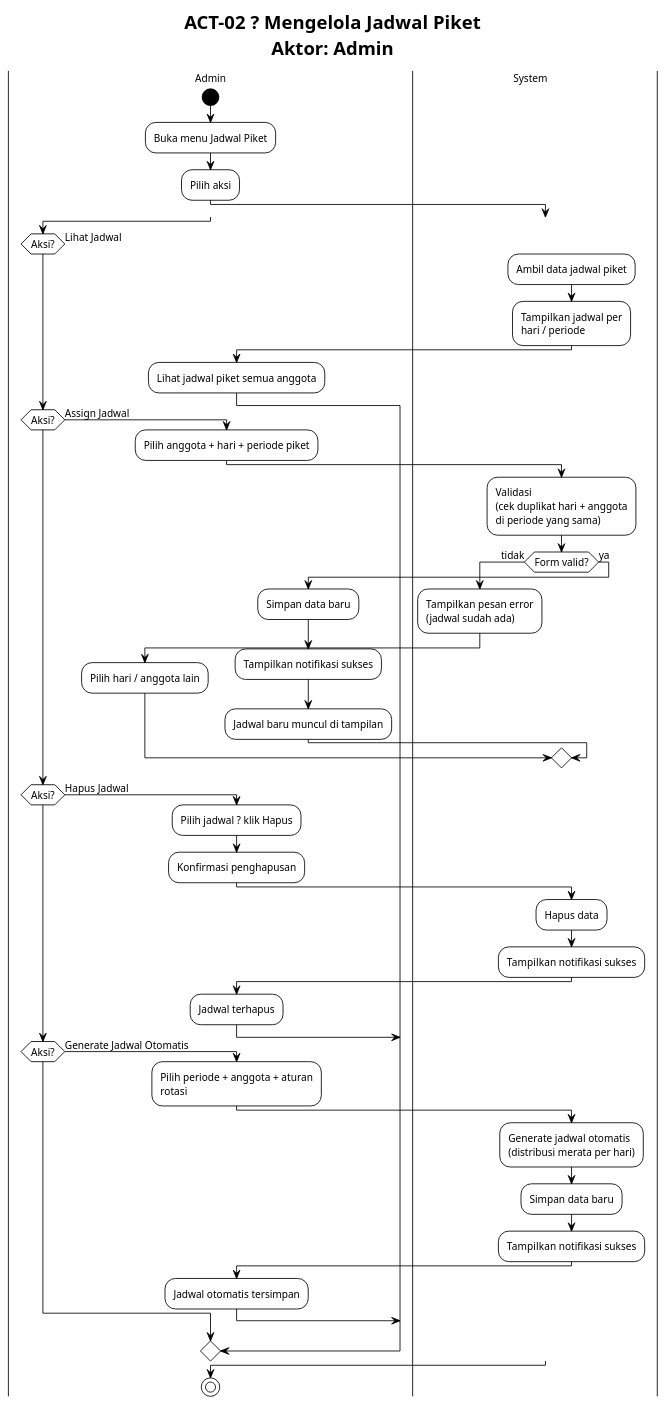
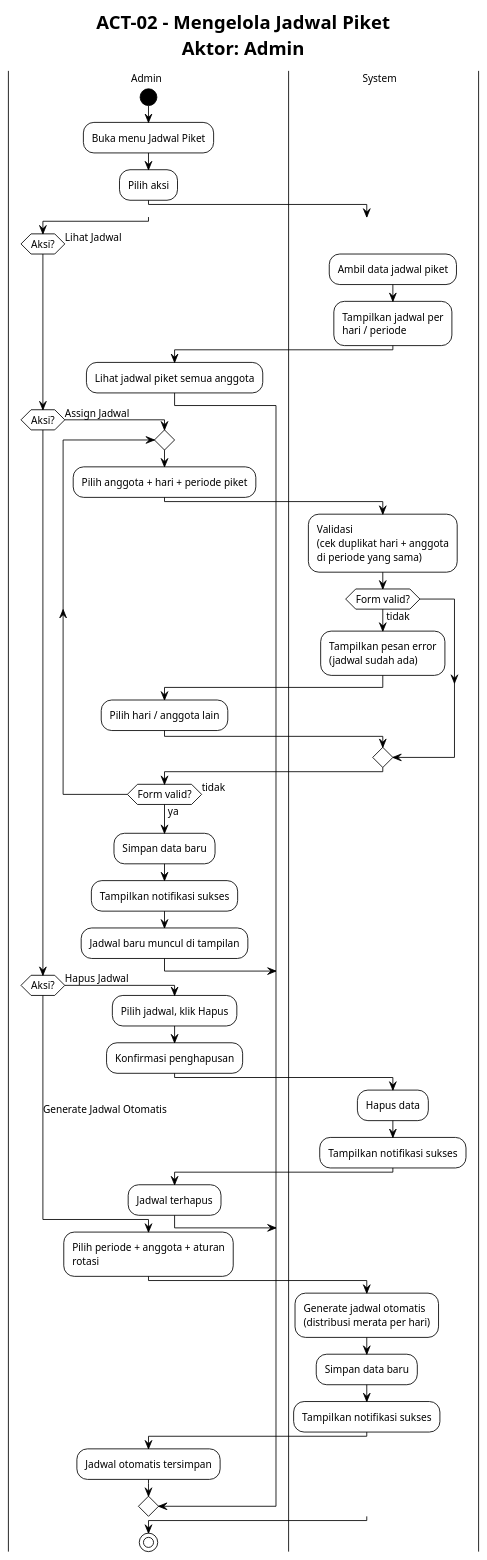
One commit to Habiboys/SILAB-DSI changed the diagram in docs/piket/activity/ACT_02_MENGELOLA_JADWAL_PIKET.puml. Above: the diagram before and after it, drawn with PlantUML. The commit also changed 67 other files, not shown here.

```diff
--- a/docs/piket/activity/ACT_02_MENGELOLA_JADWAL_PIKET.puml
+++ b/docs/piket/activity/ACT_02_MENGELOLA_JADWAL_PIKET.puml
@@ -1,67 +1,67 @@
 @startuml ACT_02_MENGELOLA_JADWAL_PIKET
 !theme plain
 !pragma useVerticalIf on
 scale max 1600 width
 skinparam wrapWidth 200
-
 skinparam defaultFontSize 12
 skinparam swimlaneWidth 220
 skinparam ActivityStartColor black
 skinparam ActivityEndColor black
-title ACT-02 ? Mengelola Jadwal Piket\nAktor: Admin
+title ACT-02 - Mengelola Jadwal Piket\nAktor: Admin
 
 |Admin|
 |System|
 
 |Admin|
 start
 :Buka menu Jadwal Piket;
 :Pilih aksi;
 
 if (Aksi?) then (Lihat Jadwal)
   |System|
   :Ambil data jadwal piket;
   :Tampilkan jadwal per\nhari / periode;
   |Admin|
   :Lihat jadwal piket semua anggota;
 
 elseif (Aksi?) then (Assign Jadwal)
   |Admin|
-  :Pilih anggota + hari + periode piket;
-  |System|
-  :Validasi\n(cek duplikat hari + anggota\ndi periode yang sama);
-  if (Form valid?) then (tidak)
-    :Tampilkan pesan error\n(jadwal sudah ada);
-    |Admin|
-    :Pilih hari / anggota lain;
-  else (ya)
-    :Simpan data baru;
-    :Tampilkan notifikasi sukses;
-    |Admin|
-    :Jadwal baru muncul di tampilan;
-  endif
+  repeat
+    :Pilih anggota + hari + periode piket;
+    |System|
+    :Validasi\n(cek duplikat hari + anggota\ndi periode yang sama);
+    if (Form valid?) then (tidak)
+      :Tampilkan pesan error\n(jadwal sudah ada);
+      |Admin|
+      :Pilih hari / anggota lain;
+    endif
+  repeat while (Form valid?) is (tidak) not (ya)
+  :Simpan data baru;
+  :Tampilkan notifikasi sukses;
+  |Admin|
+  :Jadwal baru muncul di tampilan;
 
 elseif (Aksi?) then (Hapus Jadwal)
   |Admin|
-  :Pilih jadwal ? klik Hapus;
+  :Pilih jadwal, klik Hapus;
   :Konfirmasi penghapusan;
   |System|
   :Hapus data;
   :Tampilkan notifikasi sukses;
   |Admin|
   :Jadwal terhapus;
 
-elseif (Aksi?) then (Generate Jadwal Otomatis)
+else (Generate Jadwal Otomatis)
   |Admin|
   :Pilih periode + anggota + aturan rotasi;
   |System|
   :Generate jadwal otomatis\n(distribusi merata per hari);
   :Simpan data baru;
   :Tampilkan notifikasi sukses;
   |Admin|
   :Jadwal otomatis tersimpan;
 
 endif
 
 stop
 @enduml
```
